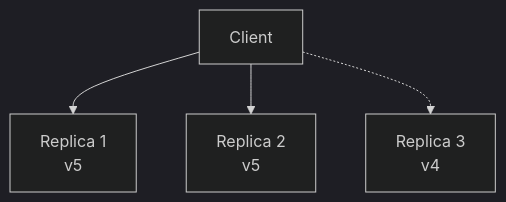
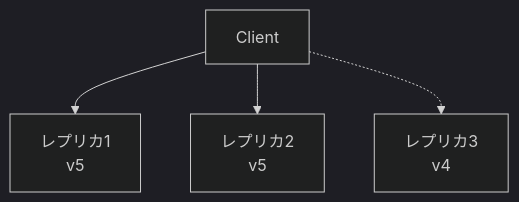
One commit to hirunebot/database-systems-book changed the third of 3 diagrams in src/content/docs/05-distributed-db/13-replication-consistency.md. Above: the diagram before and after it, drawn with Mermaid (dark theme). The commit also changed other lines of this file and 42 other files, not shown here.

````diff
--- a/src/content/docs/05-distributed-db/13-replication-consistency.md
+++ b/src/content/docs/05-distributed-db/13-replication-consistency.md
@@ -285,6 +285,6 @@
 ```mermaid
 flowchart TB
-    Client --> R1["Replica 1<br/>v5"]
-    Client --> R2["Replica 2<br/>v5"]
-    Client -.-> R3["Replica 3<br/>v4"]
+    Client --> R1["レプリカ1<br/>v5"]
+    Client --> R2["レプリカ2<br/>v5"]
+    Client -.-> R3["レプリカ3<br/>v4"]
 ```
````
